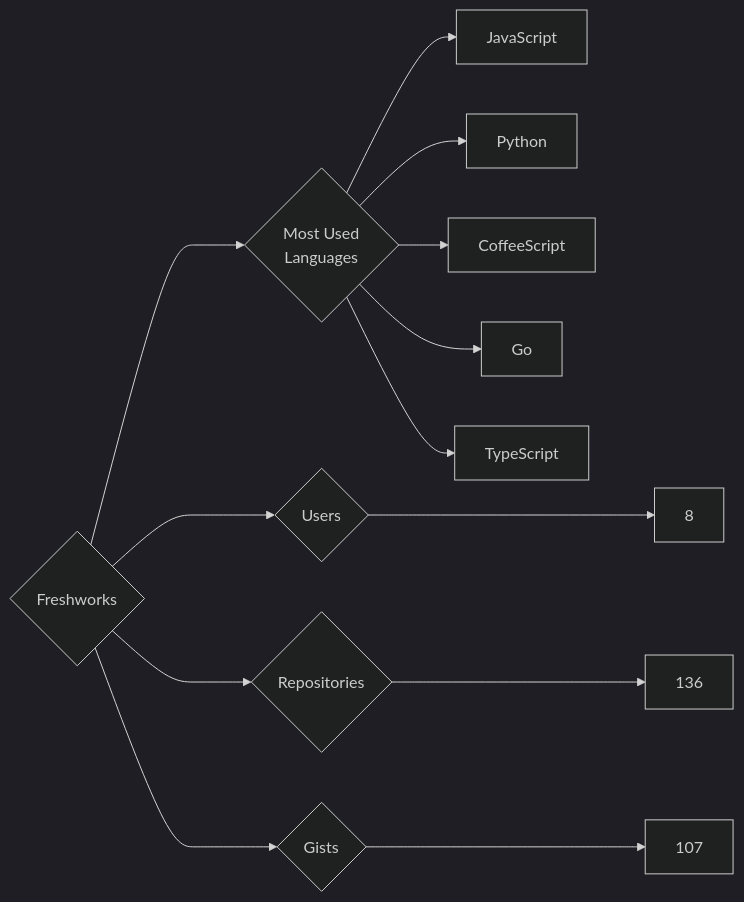
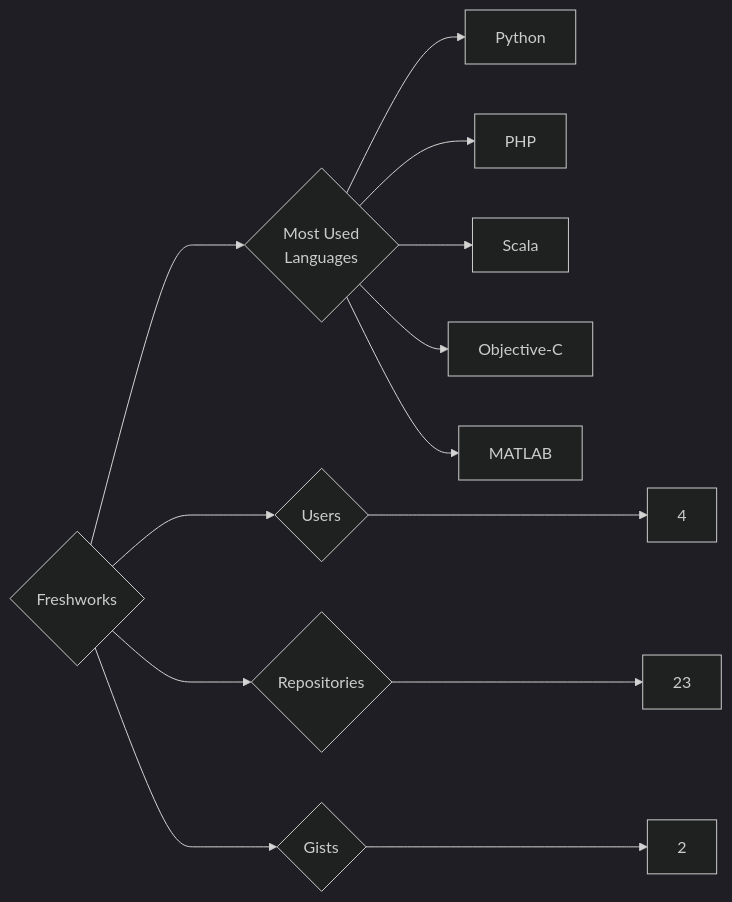
The diagram in targets/Freshworks/README.md (trickest/insiders), drawn with Mermaid (dark theme) before and after one commit. The commit also changed 1170 other files, not shown here.

````diff
--- a/targets/Freshworks/README.md
+++ b/targets/Freshworks/README.md
@@ -3,13 +3,13 @@
 ```mermaid
 graph LR
 COMPANY_NAME{Freshworks}
-COMPANY_NAME ---> U{Users} ---> UN[8]
-COMPANY_NAME ---> R{Repositories} ---> RN[136]
-COMPANY_NAME ---> G{Gists} ---> GN[107]
+COMPANY_NAME ---> U{Users} ---> UN[4]
+COMPANY_NAME ---> R{Repositories} ---> RN[23]
+COMPANY_NAME ---> G{Gists} ---> GN[2]
 COMPANY_NAME ---> ML{Most Used<br>Languages}
-ML --> JavaScript[JavaScript]
 ML --> Python[Python]
-ML --> CoffeeScript[CoffeeScript]
-ML --> Go[Go]
-ML --> TypeScript[TypeScript]
+ML --> PHP[PHP]
+ML --> Scala[Scala]
+ML --> Objective-C[Objective-C]
+ML --> MATLAB[MATLAB]
 ```
````
